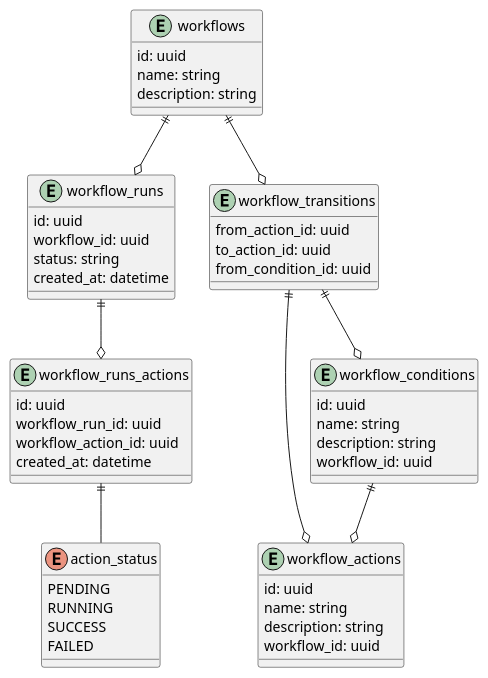
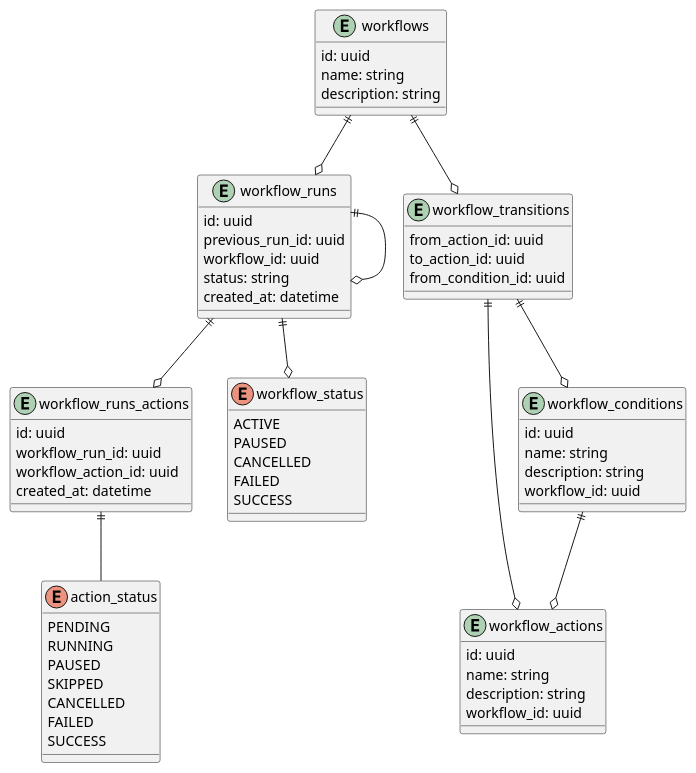
One commit to sansomguy/showcase changed the diagram in src/routes/experiments/workflows/notion-to-blog/schema.wsd. Above: the diagram before and after it, drawn with PlantUML. The commit also changed 16 other files, not shown here.

```diff
--- a/src/routes/experiments/workflows/notion-to-blog/schema.wsd
+++ b/src/routes/experiments/workflows/notion-to-blog/schema.wsd
@@ -1,61 +1,75 @@
 @startuml workflows_schema
 
 entity workflows {
 id: uuid
 name: string
 description: string
 }
 
 entity workflow_actions {
     id: uuid
     name: string
     description: string
     workflow_id: uuid
 }
 
 entity workflow_conditions {
     id: uuid
     name: string
     description: string
     workflow_id: uuid
 }
 
 entity workflow_runs {
     id: uuid
+    previous_run_id: uuid
     workflow_id: uuid
     status: string
     created_at: datetime
 }
 
 entity workflow_transitions {
     from_action_id: uuid
     to_action_id: uuid
     from_condition_id: uuid
 }
 
 entity workflow_runs_actions {
     id: uuid
     workflow_run_id: uuid
     workflow_action_id: uuid
     created_at: datetime
 }
 
 enum action_status {
     PENDING
     RUNNING
+    PAUSED
+    SKIPPED
+    CANCELLED
+    FAILED
     SUCCESS
+}
+
+enum workflow_status {
+    ACTIVE
+    PAUSED
+    CANCELLED
     FAILED
+    SUCCESS
 }
 
 workflows ||--o workflow_transitions
 workflows ||--o workflow_runs
 
 workflow_transitions ||--o workflow_actions
 workflow_transitions ||--o workflow_conditions
 workflow_conditions ||--o workflow_actions
 
 workflow_runs_actions ||-- action_status
 
 workflow_runs ||--o workflow_runs_actions
+workflow_runs ||--o workflow_runs
+workflow_runs ||--o workflow_status
 
 @enduml
```
